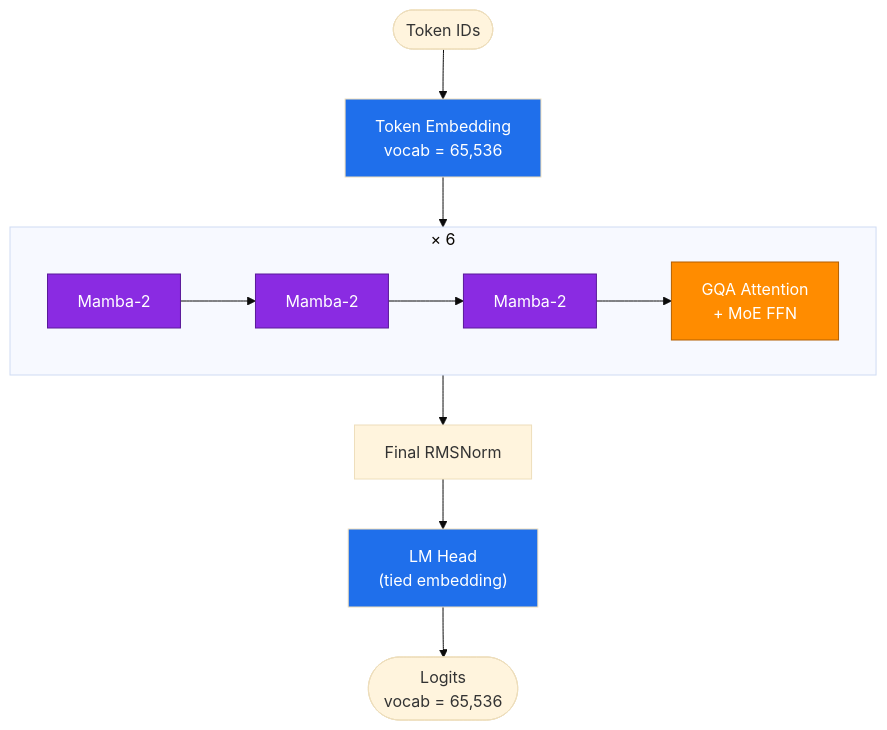
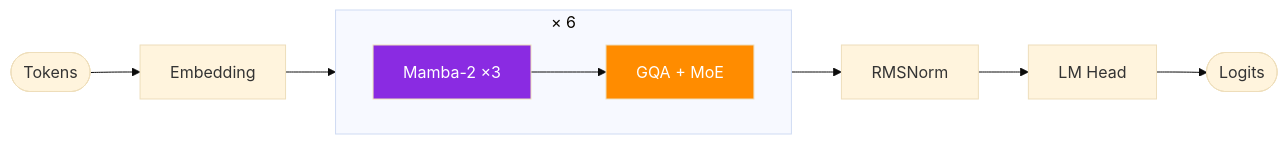
Before and after one commit to Smok1414/lunami-mini: the diagram in README.md, drawn with Mermaid (base theme). The commit also changed other lines of this file and 7 other files, not shown here.

````diff
--- a/README.md
+++ b/README.md
@@ -33,21 +31,14 @@
 ```mermaid
-flowchart TB
-    input(["Token IDs"]) --> emb["Token Embedding<br/>vocab = 65,536"]
-    emb --> stack
+flowchart LR
+    input(["Tokens"]) --> emb["Embedding"] --> stack
 
     subgraph stack [" × 6 "]
         direction LR
-        m1["Mamba-2"] --> m2["Mamba-2"] --> m3["Mamba-2"] --> att["GQA Attention<br/>+ MoE FFN"]
+        m["Mamba-2 ×3"] --> att["GQA + MoE"]
     end
 
-    stack --> norm["Final RMSNorm"]
-    norm --> head["LM Head<br/>(tied embedding)"]
-    head --> logits(["Logits<br/>vocab = 65,536"])
+    stack --> norm["RMSNorm"] --> head["LM Head"] --> logits(["Logits"])
 
-    style m1 fill:#8A2BE2,color:#fff,stroke:#5a1a99
-    style m2 fill:#8A2BE2,color:#fff,stroke:#5a1a99
-    style m3 fill:#8A2BE2,color:#fff,stroke:#5a1a99
-    style att fill:#FF8C00,color:#fff,stroke:#b35f00
-    style emb fill:#1f6feb,color:#fff
-    style head fill:#1f6feb,color:#fff
+    style m fill:#8A2BE2,color:#fff
+    style att fill:#FF8C00,color:#fff
 ```
````
